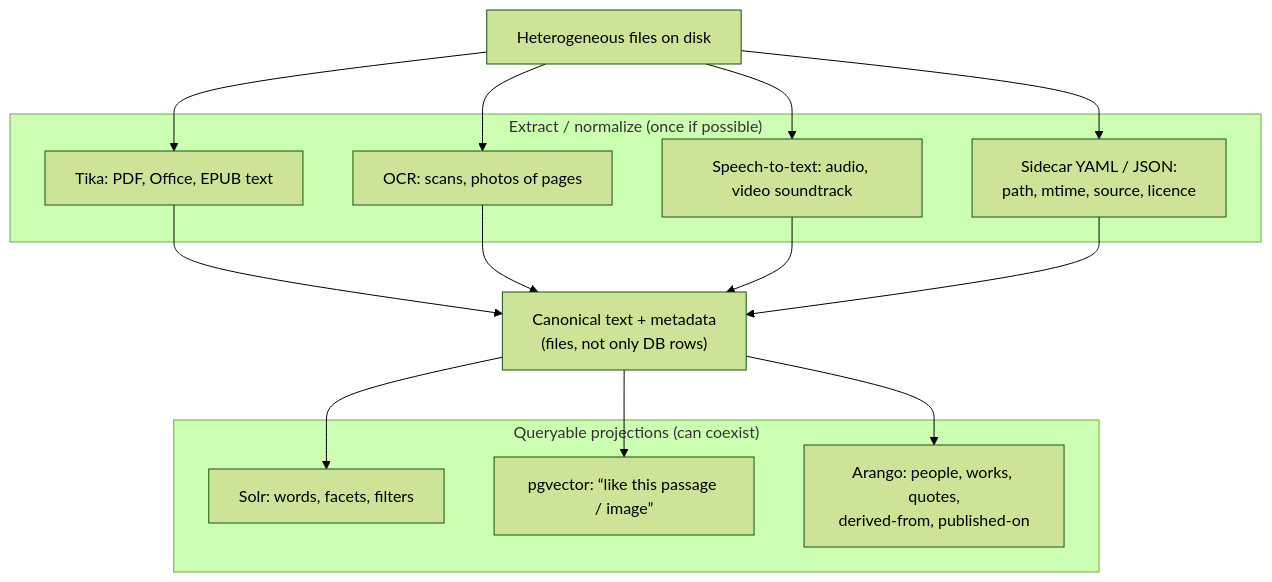
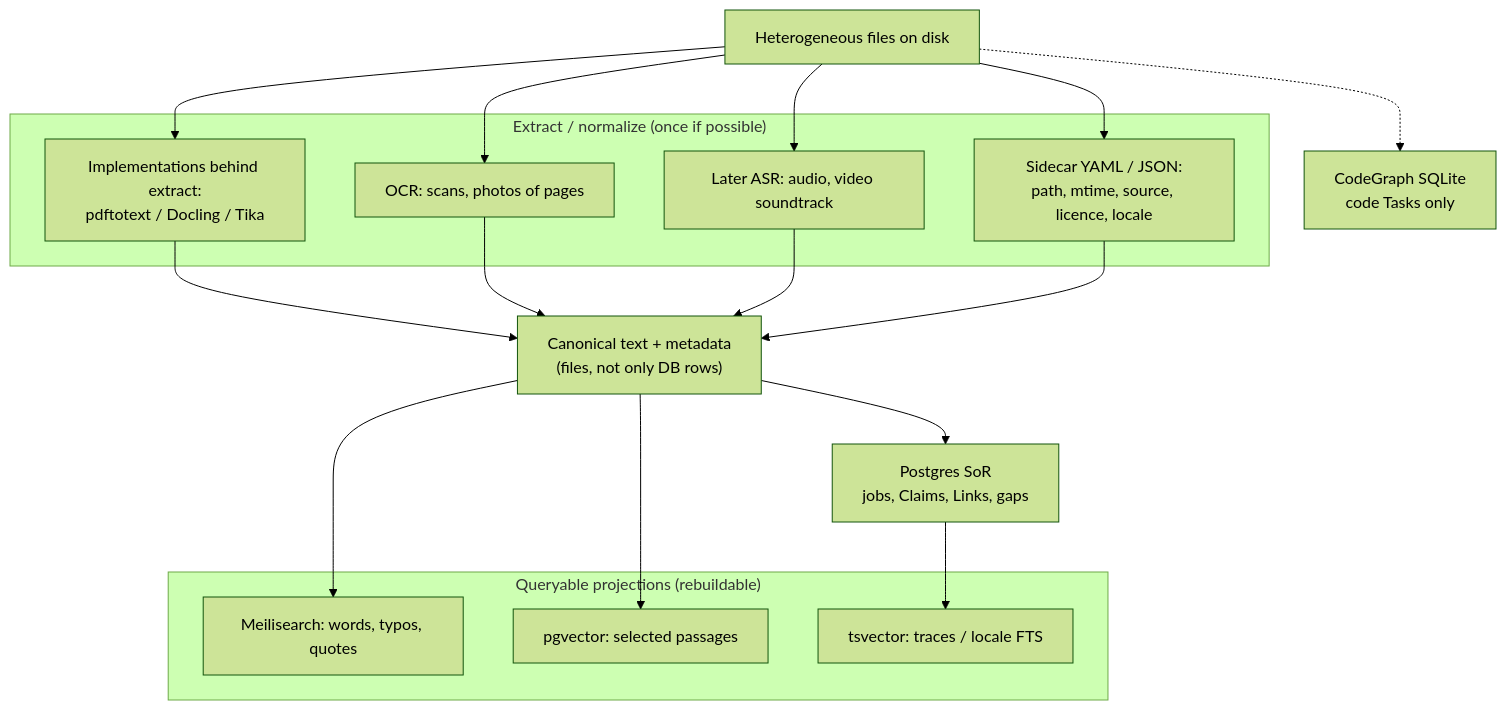
Before and after one commit to Paulmicha/projet-complexe-asc: the seventh of 8 diagrams in data/ideas/2026/08/17-local-dev-stack-architecture.md, drawn with Mermaid (forest theme). The commit also changed other lines of this file and 322 other files, not shown here.

````diff
--- a/data/ideas/2026/08/17-local-dev-stack-architecture.md
+++ b/data/ideas/2026/08/17-local-dev-stack-architecture.md
@@ -310,27 +372,32 @@
 ```mermaid
 flowchart TB
   RAW["Heterogeneous files on disk"]
 
   subgraph extract["Extract / normalize (once if possible)"]
-    TIKA["Tika: PDF, Office, EPUB text"]
+    IMP["Implementations behind extract:<br/>pdftotext / Docling / Tika"]
     OCR["OCR: scans, photos of pages"]
-    ASR["Speech-to-text: audio, video soundtrack"]
-    META["Sidecar YAML / JSON:<br/>path, mtime, source, licence"]
+    ASR["Later ASR: audio, video soundtrack"]
+    META["Sidecar YAML / JSON:<br/>path, mtime, source, licence, locale"]
   end
 
   TEXT["Canonical text + metadata<br/>(files, not only DB rows)"]
+  PG["Postgres SoR<br/>jobs, Claims, Links, gaps"]
 
-  subgraph indexes["Queryable projections (can coexist)"]
-    SOLR["Solr: words, facets, filters"]
-    VEC["pgvector: “like this passage / image”"]
-    GRAPH["Arango: people, works, quotes,<br/>derived-from, published-on"]
+  subgraph indexes["Queryable projections (rebuildable)"]
+    MEILI["Meilisearch: words, typos, quotes"]
+    VEC["pgvector: selected passages"]
+    FTS["tsvector: traces / locale FTS"]
   end
 
-  RAW --> TIKA --> TEXT
+  CG["CodeGraph SQLite<br/>code Tasks only"]
+
+  RAW --> IMP --> TEXT
   RAW --> OCR --> TEXT
   RAW --> ASR --> TEXT
   RAW --> META --> TEXT
-  TEXT --> SOLR
+  TEXT --> PG
+  TEXT --> MEILI
   TEXT --> VEC
-  TEXT --> GRAPH
+  PG --> FTS
+  RAW -.-> CG
 ```
````
